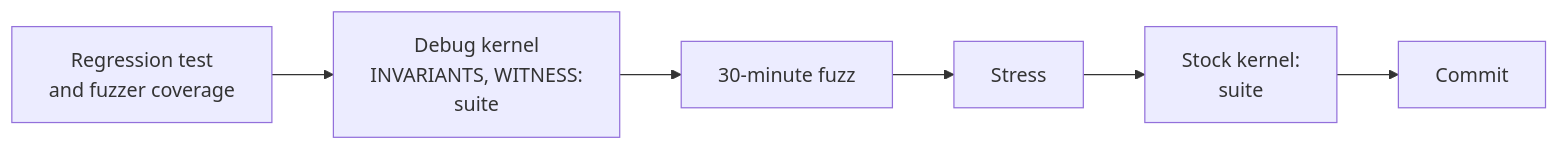
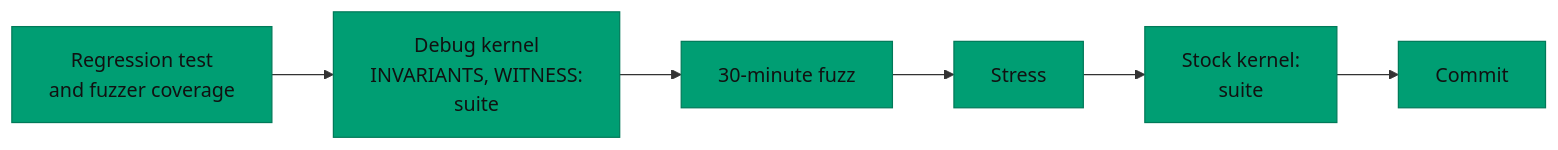
Diagram 15 of 15 in ARCHITECTURE.MD (grepjava/kqring), drawn with Mermaid before and after one commit. The commit also changed other lines of this file and 1 other file, not shown here.

First line of the commit message:
Docs: color the diagrams by role

````diff
--- a/ARCHITECTURE.MD
+++ b/ARCHITECTURE.MD
@@ -610,8 +721,11 @@
 ```mermaid
 flowchart LR
     A["Regression test<br/>and fuzzer coverage"] --> B["Debug kernel<br/>INVARIANTS, WITNESS:<br/>suite"]
     B --> C["30-minute fuzz"]
     C --> D["Stress"]
     D --> E["Stock kernel:<br/>suite"]
     E --> F["Commit"]
+
+    classDef ops fill:#009e73,stroke:#007a59,color:#111111
+    class A,B,C,D,E,F ops
 ```
````
